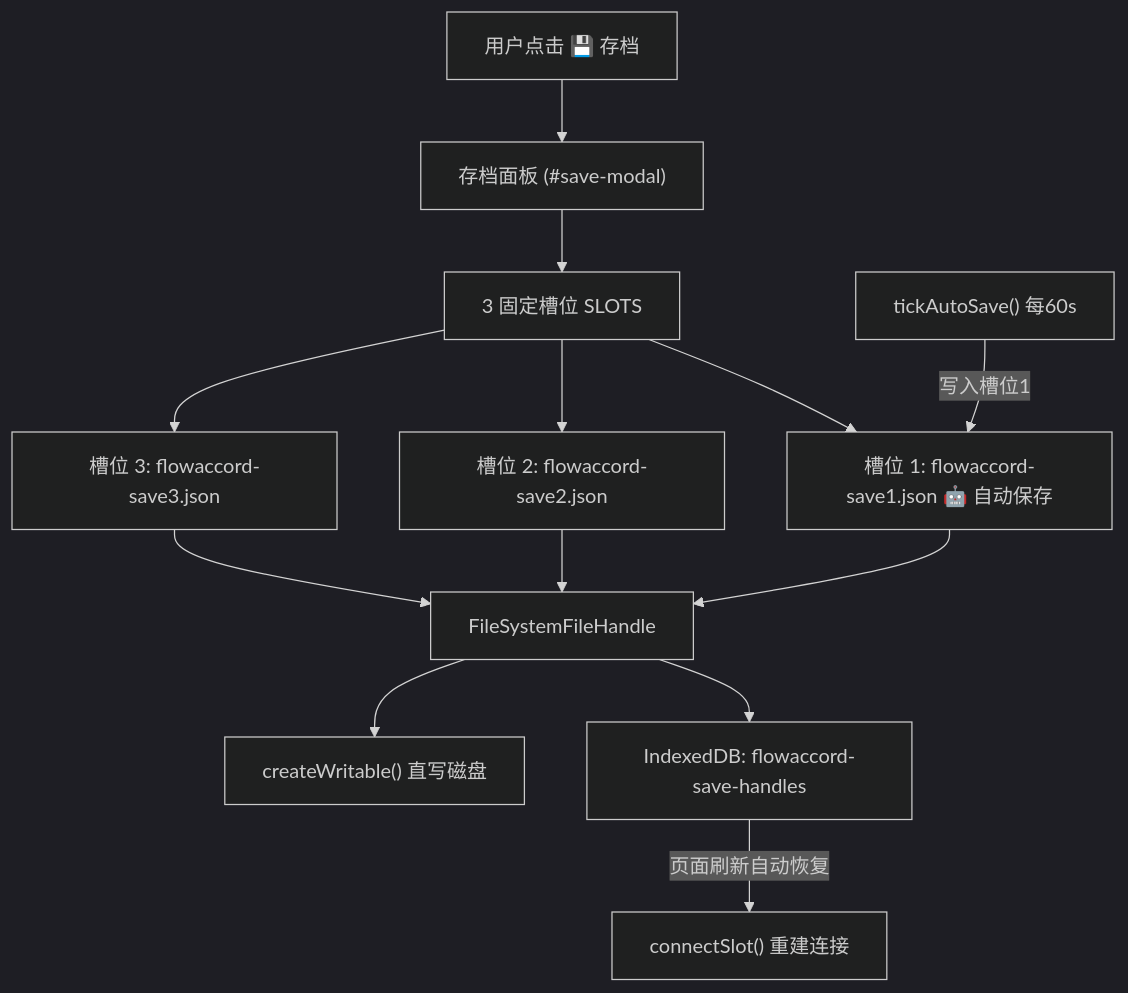
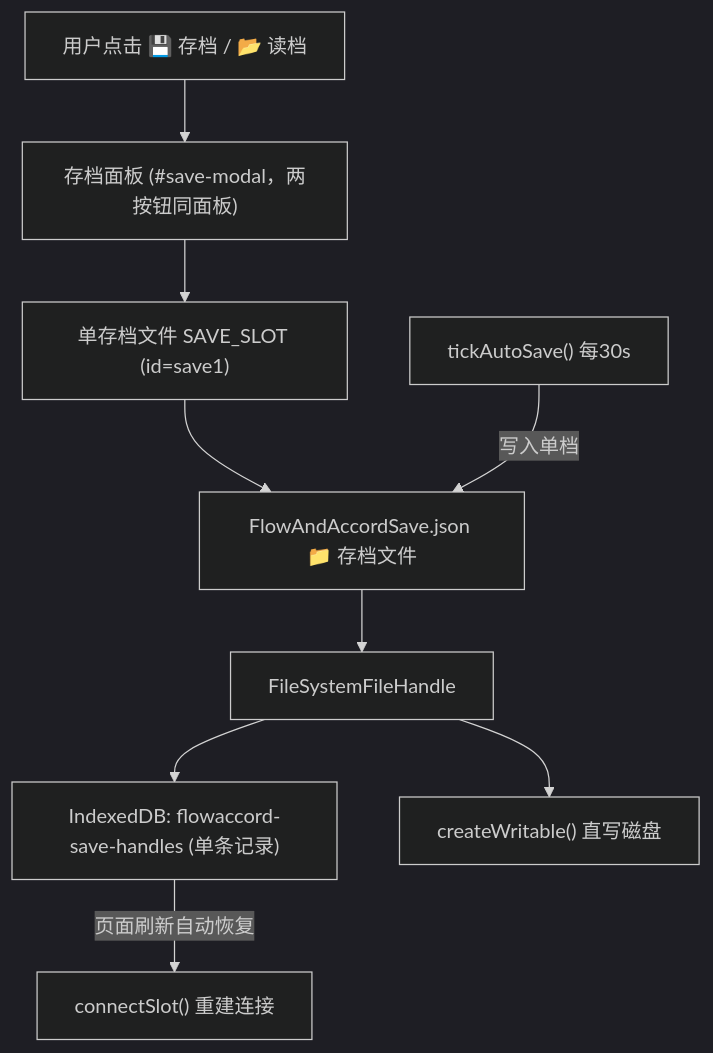
The third of 4 diagrams in docs/current/tech/19-ui-implementation.md (g39088902/FlowAndAccord), drawn with Mermaid (dark theme) before and after one commit. The commit also changed other lines of this file and 50 other files, not shown here.

First line of the commit message:
feat!: 删除全部地图水面并简化存档系统

````diff
--- a/docs/current/tech/19-ui-implementation.md
+++ b/docs/current/tech/19-ui-implementation.md
@@ -243,15 +243,11 @@
 ```mermaid
 graph TD
-    A["用户点击 💾 存档"] --> B["存档面板 (#save-modal)"]
-    B --> C["3 固定槽位 SLOTS"]
-    C --> C1["槽位 1: flowaccord-save1.json 🤖 自动保存"]
-    C --> C2["槽位 2: flowaccord-save2.json"]
-    C --> C3["槽位 3: flowaccord-save3.json"]
-    C1 --> D["FileSystemFileHandle"]
-    C2 --> D
-    C3 --> D
-    D --> E["IndexedDB: flowaccord-save-handles"]
+    A["用户点击 💾 存档 / 📂 读档"] --> B["存档面板 (#save-modal，两按钮同面板)"]
+    B --> C["单存档文件 SAVE_SLOT (id=save1)"]
+    C --> C0["FlowAndAccordSave.json 📁 存档文件"]
+    C0 --> D["FileSystemFileHandle"]
+    D --> E["IndexedDB: flowaccord-save-handles (单条记录)"]
     E -->|页面刷新自动恢复| F["connectSlot() 重建连接"]
     D --> G["createWritable() 直写磁盘"]
-    H["tickAutoSave() 每60s"] -->|写入槽位1| C1
+    H["tickAutoSave() 每30s"] -->|写入单档| C0
 ```
````
